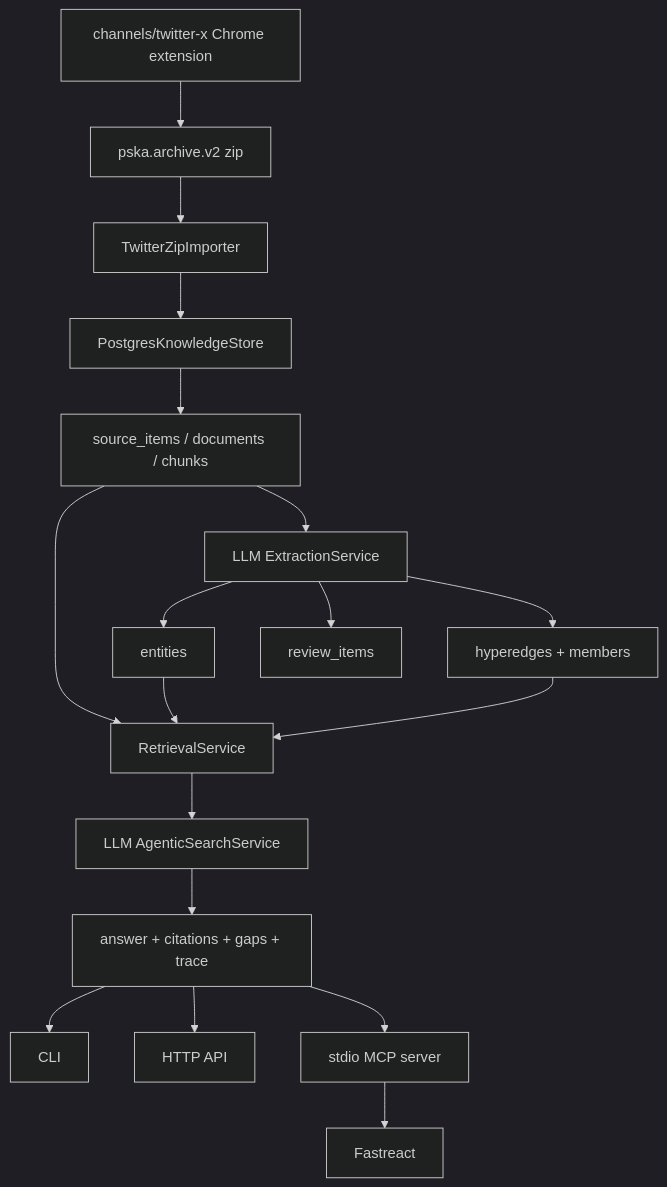
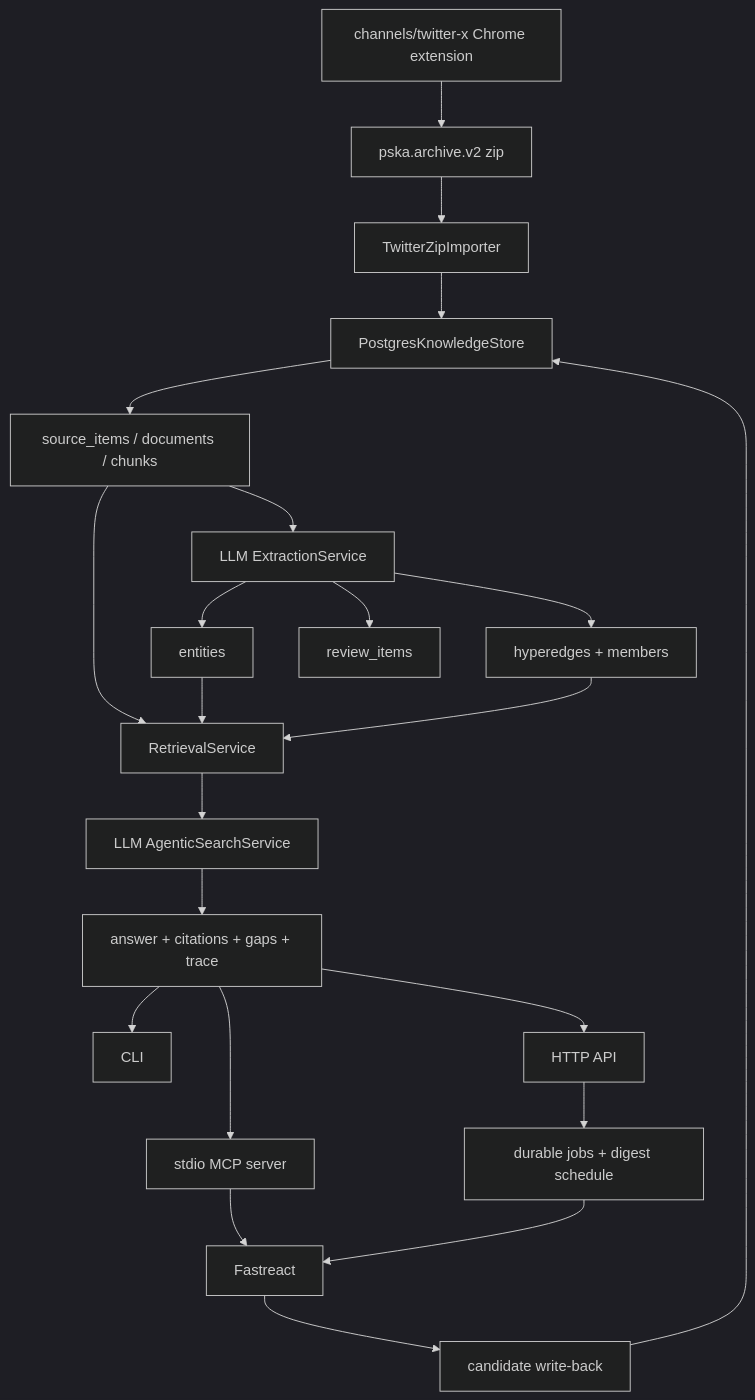
One commit to atom32/PSKA changed the diagram in core/docs/mvp-status.md. Above: the diagram before and after it, drawn with Mermaid (dark theme). The commit also changed other lines of this file and 8 other files, not shown here.

````diff
--- a/core/docs/mvp-status.md
+++ b/core/docs/mvp-status.md
@@ -47,20 +48,24 @@
 ```mermaid
 flowchart TD
     A["channels/twitter-x Chrome extension"] --> B["pska.archive.v2 zip"]
     B --> C["TwitterZipImporter"]
     C --> D["PostgresKnowledgeStore"]
     D --> E["source_items / documents / chunks"]
     E --> F["LLM ExtractionService"]
     F --> G["entities"]
     F --> H["hyperedges + members"]
     F --> I["review_items"]
     E --> J["RetrievalService"]
     G --> J
     H --> J
     J --> K["LLM AgenticSearchService"]
     K --> L["answer + citations + gaps + trace"]
     L --> M["CLI"]
     L --> N["HTTP API"]
     L --> O["stdio MCP server"]
     O --> P["Fastreact"]
+    N --> Q["durable jobs + digest schedule"]
+    Q --> P
+    P --> R["candidate write-back"]
+    R --> D
 ```
````
